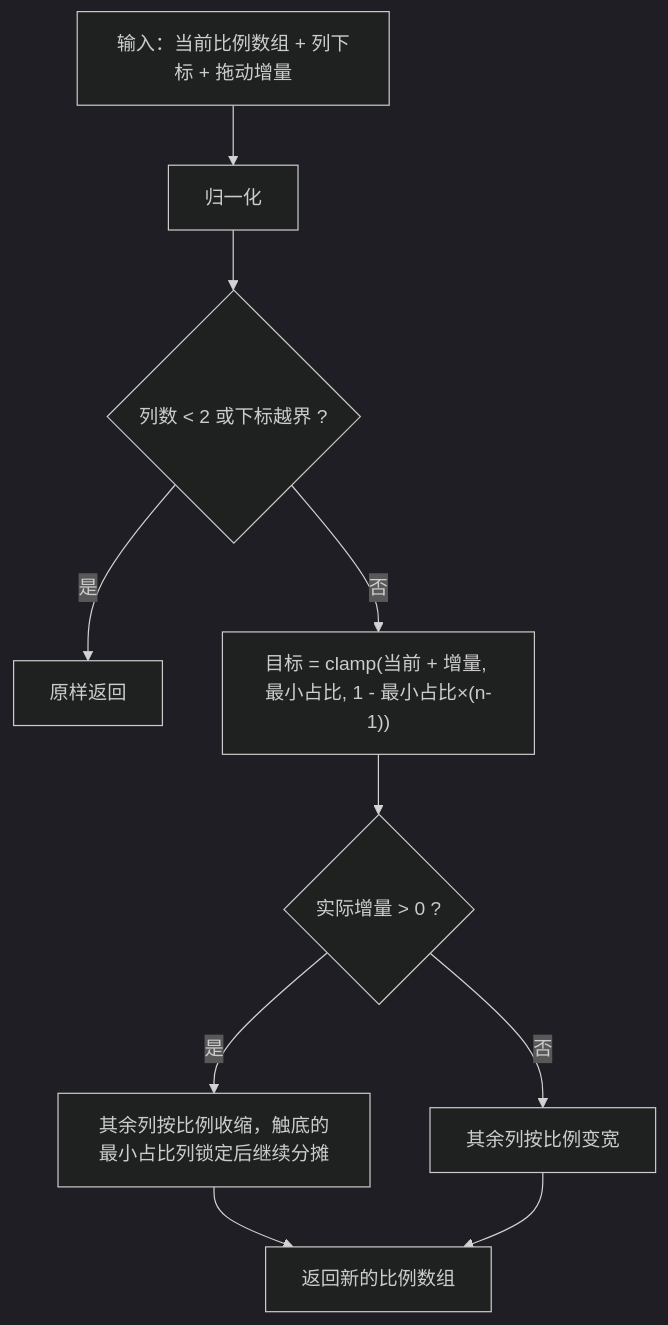
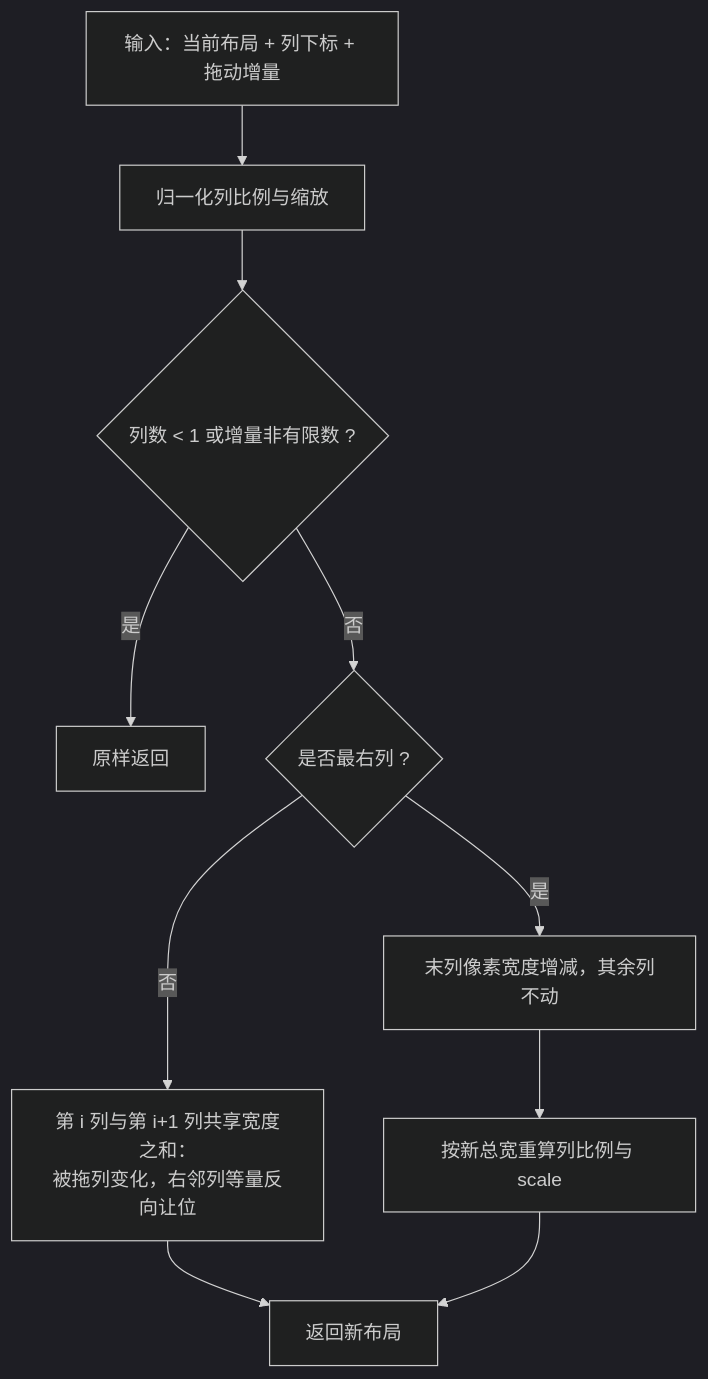
Before and after one commit to Harley-xk/mark-it: the third of 4 diagrams in docs/预览表格列宽调整.md, drawn with Mermaid (dark theme). The commit also changed other lines of this file and 10 other files, not shown here.

````diff
--- a/docs/预览表格列宽调整.md
+++ b/docs/预览表格列宽调整.md
@@ -112,12 +118,12 @@
 ```mermaid
 flowchart TD
-  A["输入：当前比例数组 + 列下标 + 拖动增量"] --> B["归一化"]
-  B --> C{"列数 < 2 或下标越界 ?"}
+  A["输入：当前布局 + 列下标 + 拖动增量"] --> B["归一化列比例与缩放"]
+  B --> C{"列数 < 1 或增量非有限数 ?"}
   C -->|"是"| Z["原样返回"]
-  C -->|"否"| D["目标 = clamp(当前 + 增量, 最小占比, 1 - 最小占比×(n-1))"]
-  D --> E{"实际增量 > 0 ?"}
-  E -->|"是"| F["其余列按比例收缩，触底的最小占比列锁定后继续分摊"]
-  E -->|"否"| G["其余列按比例变宽"]
-  F --> H["返回新的比例数组"]
+  C -->|"否"| D{"是否最右列 ?"}
+  D -->|"否"| E["第 i 列与第 i+1 列共享宽度之和：\n被拖列变化，右邻列等量反向让位"]
+  D -->|"是"| F["末列像素宽度增减，其余列不动"]
+  F --> G["按新总宽重算列比例与 scale"]
+  E --> H["返回新布局"]
   G --> H
 ```
````
